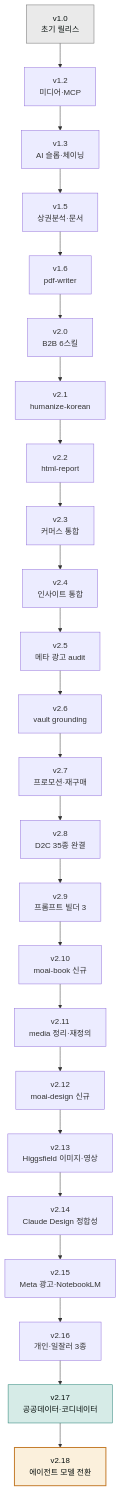
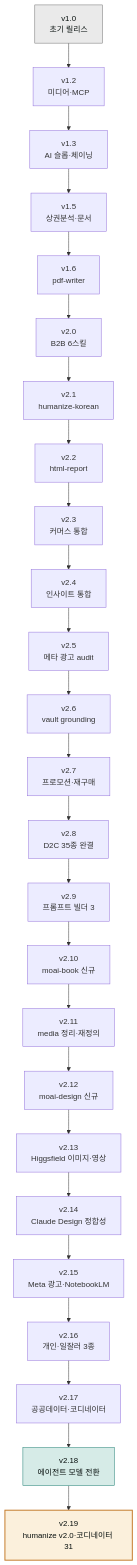
One commit to modu-ai/claude changed the diagram in content/releases/_index.md. Above: the diagram before and after it, drawn with Mermaid. The commit also changed other lines of this file and 6 other files, not shown here.

````diff
--- a/content/releases/_index.md
+++ b/content/releases/_index.md
@@ -9,30 +9,31 @@
 ```mermaid
 flowchart TD
     V10["v1.0<br/>초기 릴리스"] --> V12["v1.2<br/>미디어·MCP"]
     V12 --> V13["v1.3<br/>AI 슬롭·체이닝"]
     V13 --> V15["v1.5<br/>상권분석·문서"]
     V15 --> V16["v1.6<br/>pdf-writer"]
     V16 --> V20["v2.0<br/>B2B 6스킬"]
     V20 --> V21["v2.1<br/>humanize-korean"]
     V21 --> V22["v2.2<br/>html-report"]
     V22 --> V23["v2.3<br/>커머스 통합"]
     V23 --> V24["v2.4<br/>인사이트 통합"]
     V24 --> V25["v2.5<br/>메타 광고 audit"]
     V25 --> V26["v2.6<br/>vault grounding"]
     V26 --> V27["v2.7<br/>프로모션·재구매"]
     V27 --> V28["v2.8<br/>D2C 35종 완결"]
     V28 --> V29["v2.9<br/>프롬프트 빌더 3"]
     V29 --> V210["v2.10<br/>moai-book 신규"]
     V210 --> V211["v2.11<br/>media 정리·재정의"]
     V211 --> V212["v2.12<br/>moai-design 신규"]
     V212 --> V213["v2.13<br/>Higgsfield 이미지·영상"]
     V213 --> V214["v2.14<br/>Claude Design 정합성"]
     V214 --> V215["v2.15<br/>Meta 광고·NotebookLM"]
     V215 --> V216["v2.16<br/>개인·일잘러 3종"]
     V216 --> V217["v2.17<br/>공공데이터·코디네이터"]
     V217 --> V218["v2.18<br/>에이전트 모델 전환"]
+    V218 --> V219["v2.19<br/>humanize v2.0·코디네이터 31"]
 
     style V10 fill:#eaeaea,stroke:#6e6e6e,color:#09110f
-    style V217 fill:#d6ebe7,stroke:#1c7c70,color:#09110f
-    style V218 fill:#fbf0dc,stroke:#c47b2a,stroke-width:2px,color:#09110f
+    style V218 fill:#d6ebe7,stroke:#1c7c70,color:#09110f
+    style V219 fill:#fbf0dc,stroke:#c47b2a,stroke-width:2px,color:#09110f
 ```
````
